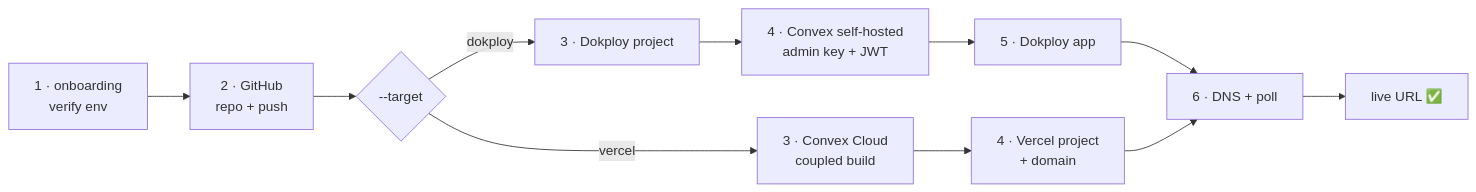
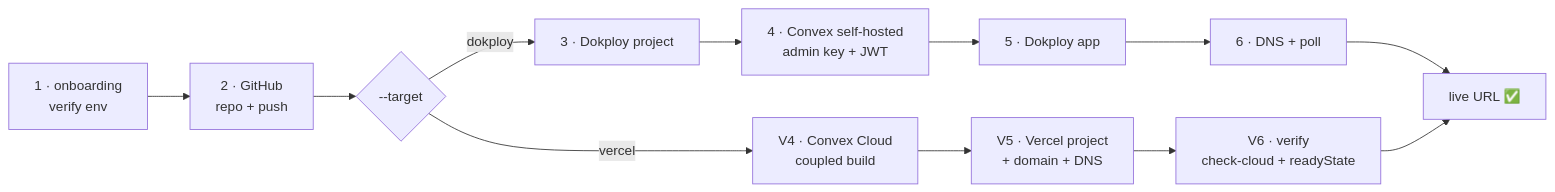
The diagram in skills/sc-all/SKILL.md (rahmanef63/si-coder-agent), drawn with Mermaid before and after one commit. The commit also changed other lines of this file, not shown here.

Commit message:
docs(sc-all): fix doc drift the QA panel found — phantom sub-skill + phase numbers
- drop the phantom `sc-github` sub-skill (GitHub work is inline via lib/github.js)
- align the mermaid diagram's vercel branch (V4/V5/V6) with the prose phase numbers
  and give the vercel path its own Verify node instead of reusing the dokploy D6

````diff
--- a/skills/sc-all/SKILL.md
+++ b/skills/sc-all/SKILL.md
@@ -10,13 +10,14 @@
 ```mermaid
 flowchart LR
     P1["1 · onboarding<br/>verify env"] --> P2["2 · GitHub<br/>repo + push"]
     P2 --> T{"--target"}
     T -->|dokploy| D3["3 · Dokploy project"]
     D3 --> D4["4 · Convex self-hosted<br/>admin key + JWT"]
     D4 --> D5["5 · Dokploy app"]
     D5 --> D6["6 · DNS + poll"]
-    T -->|vercel| V3["3 · Convex Cloud<br/>coupled build"]
-    V3 --> V4["4 · Vercel project<br/>+ domain"]
-    V4 --> D6
     D6 --> Live["live URL ✅"]
+    T -->|vercel| V4["V4 · Convex Cloud<br/>coupled build"]
+    V4 --> V5["V5 · Vercel project<br/>+ domain + DNS"]
+    V5 --> V6["V6 · verify<br/>check-cloud + readyState"]
+    V6 --> Live
 ```
````
